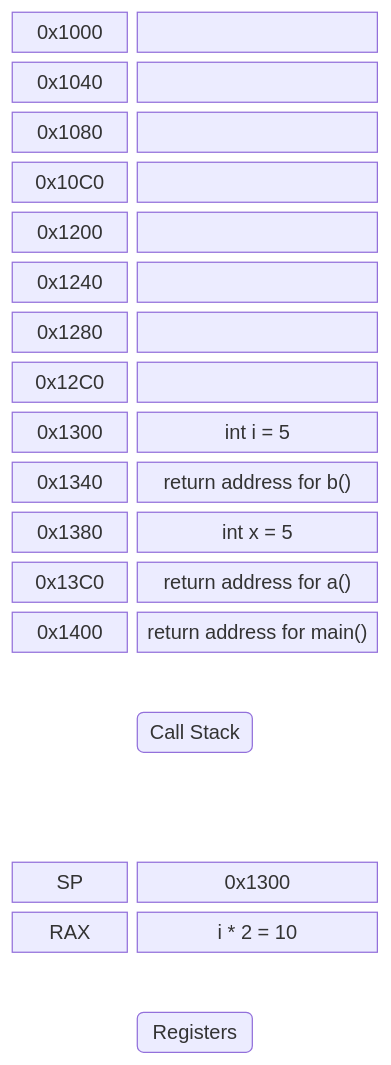
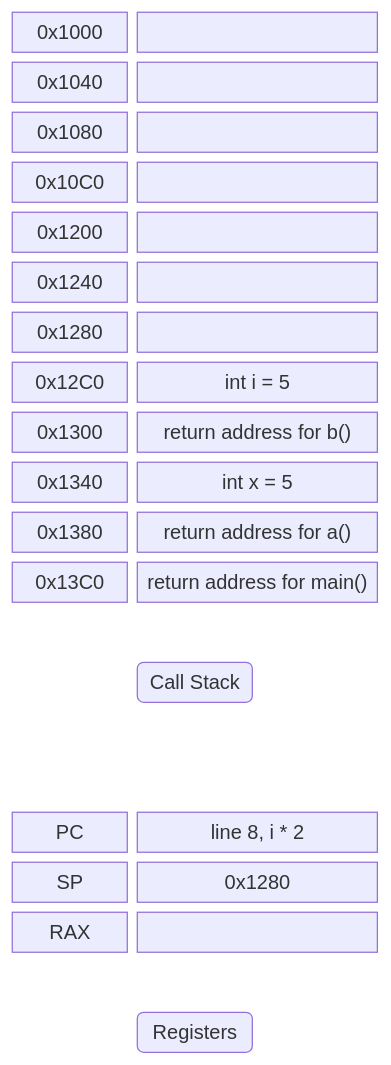
One commit to GlennVL-AP/cpp-programming-slides changed the eighth of 19 diagrams in slides/session_6/index.md. Above: the diagram before and after it, drawn with Mermaid. The commit also changed other lines of this file, not shown here.

````diff
--- a/slides/session_6/index.md
+++ b/slides/session_6/index.md
@@ -1040,40 +1147,40 @@
 ```mermaid
 block-beta
   columns 3
   addr1["0x1000"]:1
   frame1[" "]:2
   addr2["0x1040"]:1
   frame2[" "]:2
   addr3["0x1080"]:1
   frame3[" "]:2
   addr4["0x10C0"]:1
   frame4[" "]:2
   addr5["0x1200"]:1
   frame5[" "]:2
   addr6["0x1240"]:1
   frame6[" "]:2
   addr7["0x1280"]:1
   frame7[" "]:2
   addr8["0x12C0"]:1
-  frame8[" "]:2
+  frame8["int i = 5"]:2
   addr9["0x1300"]:1
-  frame9["int i = 5"]:2
+  frame9["return address for b()"]:2
   addr10["0x1340"]:1
-  frame10["return address for b()"]:2
+  frame10["int x = 5"]:2
   addr11["0x1380"]:1
-  frame11["int x = 5"]:2
+  frame11["return address for a()"]:2
   addr12["0x13C0"]:1
-  frame12["return address for a()"]:2
-  addr13["0x1400"]:1
-  frame13["return address for main()"]:2
+  frame12["return address for main()"]:2
   space:3
   space callstack("Call Stack") space
   space:3
   space:3
-  reg1["SP"]:1
-  regval1["0x1300"]:2
-  reg2["RAX"]:1
-  regval2["i * 2 = 10"]:2
+  reg1["PC"]:1
+  regval1["line 8, i * 2"]:2
+  reg2["SP"]:1
+  regval2["0x1280"]:2
+  reg3["RAX"]:1
+  regval3[" "]:2
   space:3
   space registers("Registers") space
 ```
````
